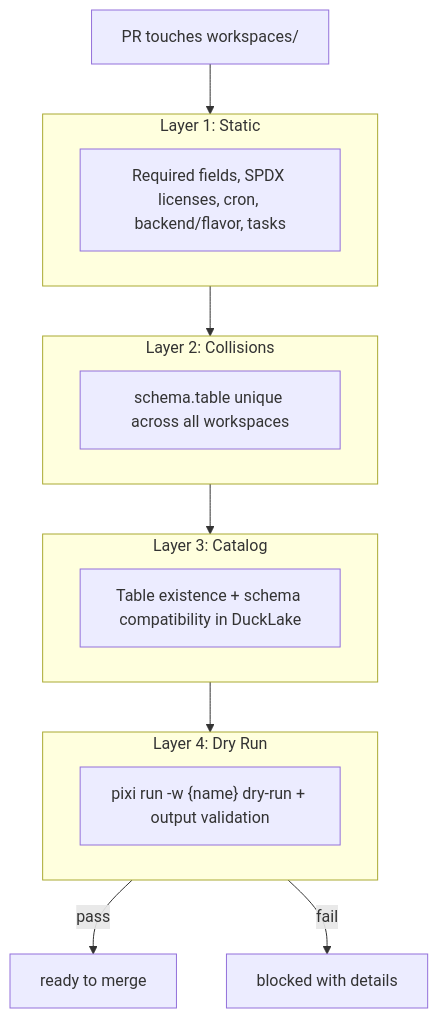
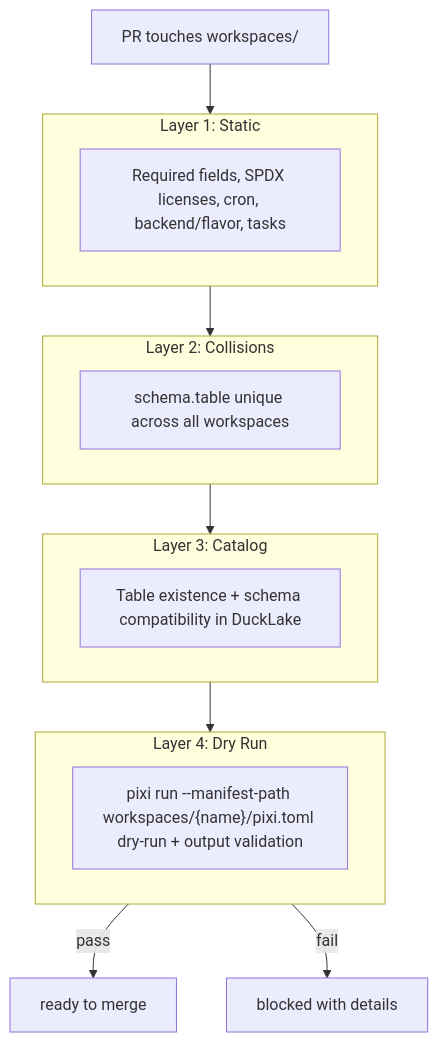
The second of 3 diagrams in README.md (walkthru-earth/ai-data-registry), drawn with Mermaid before and after one commit. The commit also changed other lines of this file and 6 other files, not shown here.

````diff
--- a/README.md
+++ b/README.md
@@ -130,29 +127,29 @@
 ```mermaid
 flowchart TD
     PR[PR touches workspaces/] --> L1
 
     subgraph L1[Layer 1: Static]
         A[Required fields, SPDX licenses, cron, backend/flavor, tasks]
     end
 
     L1 --> L2
 
     subgraph L2[Layer 2: Collisions]
         B[schema.table unique across all workspaces]
     end
 
     L2 --> L3
 
     subgraph L3[Layer 3: Catalog]
         C[Table existence + schema compatibility in DuckLake]
     end
 
     L3 --> L4
 
     subgraph L4[Layer 4: Dry Run]
-        D["pixi run -w {name} dry-run + output validation"]
+        D["pixi run --manifest-path workspaces/{name}/pixi.toml dry-run + output validation"]
     end
 
     L4 -->|pass| OK[ready to merge]
     L4 -->|fail| BLOCK[blocked with details]
 ```
````
